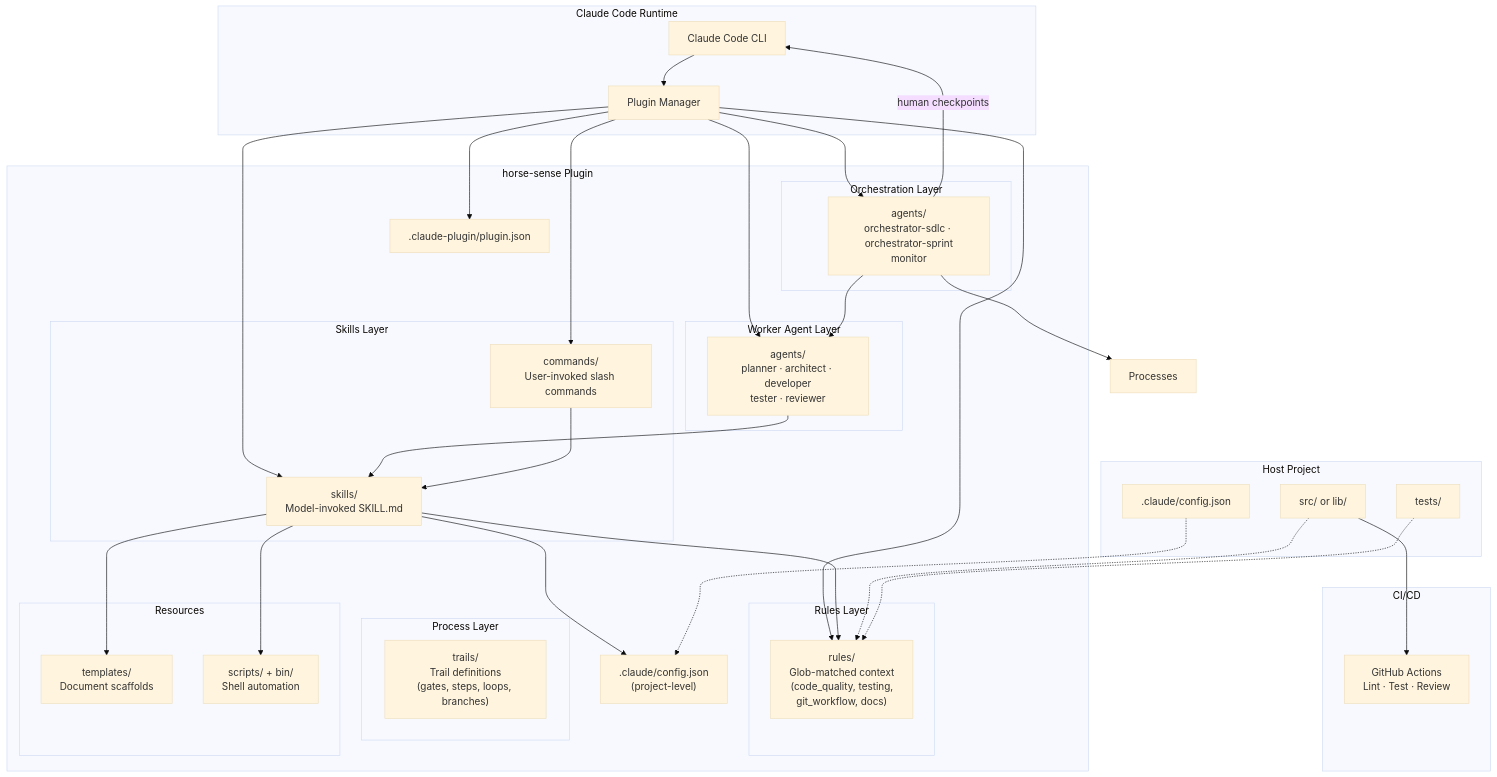
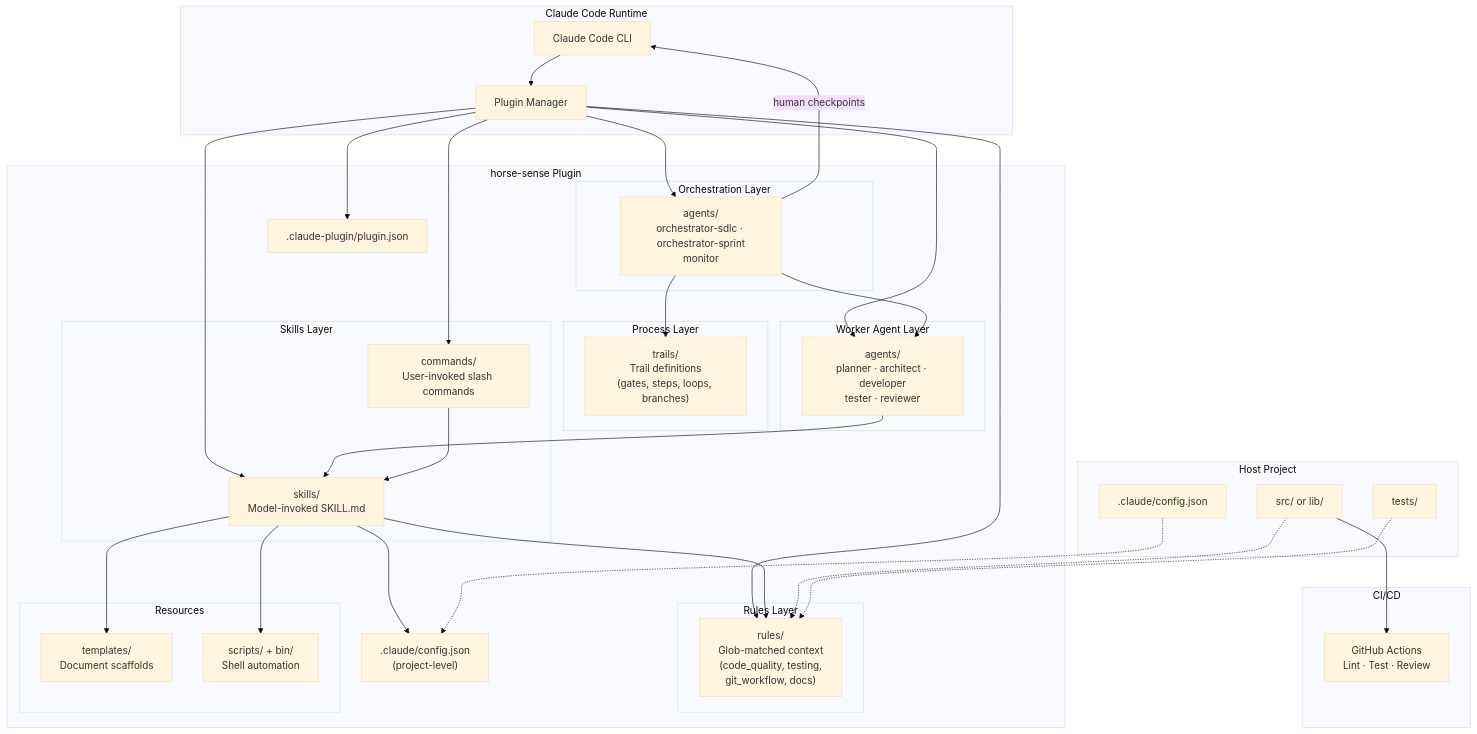
Before and after one commit to edlovesjava/horse-sense: the first of 4 diagrams in docs/architecture/architecture_doc.md, drawn with Mermaid (base theme).

````diff
--- a/docs/architecture/architecture_doc.md
+++ b/docs/architecture/architecture_doc.md
@@ -59,71 +59,71 @@
 ```mermaid
 graph TD
     subgraph "Claude Code Runtime"
         CC[Claude Code CLI]
         PM[Plugin Manager]
     end
 
     subgraph "horse-sense Plugin"
         Manifest[".claude-plugin/plugin.json"]
         Config[".claude/config.json<br/>(project-level)"]
 
         subgraph "Process Layer"
             Trails["trails/<br/>Trail definitions<br/>(gates, steps, loops, branches)"]
         end
 
         subgraph "Orchestration Layer"
             Orchestrators["agents/<br/>orchestrator-sdlc · orchestrator-sprint<br/>monitor"]
         end
 
         subgraph "Worker Agent Layer"
             Workers["agents/<br/>planner · architect · developer<br/>tester · reviewer"]
         end
 
         subgraph "Skills Layer"
             SlashCmds["commands/<br/>User-invoked slash commands"]
             AgentSkills["skills/<br/>Model-invoked SKILL.md"]
         end
 
         subgraph "Rules Layer"
             Rules["rules/<br/>Glob-matched context<br/>(code_quality, testing,<br/>git_workflow, docs)"]
         end
 
         subgraph "Resources"
             Templates["templates/<br/>Document scaffolds"]
             Scripts["scripts/ + bin/<br/>Shell automation"]
         end
     end
 
     subgraph "Host Project"
         ProjectConfig[".claude/config.json"]
         ProjectCode["src/ or lib/"]
         ProjectTests["tests/"]
     end
 
     subgraph "CI/CD"
         GHA["GitHub Actions<br/>Lint · Test · Review"]
     end
 
     CC --> PM
     PM --> Manifest
     PM --> SlashCmds
     PM --> AgentSkills
     PM --> Orchestrators
     PM --> Workers
     PM --> Rules
 
-    Orchestrators --> Processes
+    Orchestrators --> Trails
     Orchestrators --> Workers
     Orchestrators -->|"human checkpoints"| CC
     Workers --> AgentSkills
     SlashCmds --> AgentSkills
     AgentSkills --> Rules
     AgentSkills --> Templates
     AgentSkills --> Scripts
     AgentSkills --> Config
 
     ProjectConfig -.-> Config
     ProjectCode -.-> Rules
     ProjectTests -.-> Rules
     ProjectCode --> GHA
 ```
````
